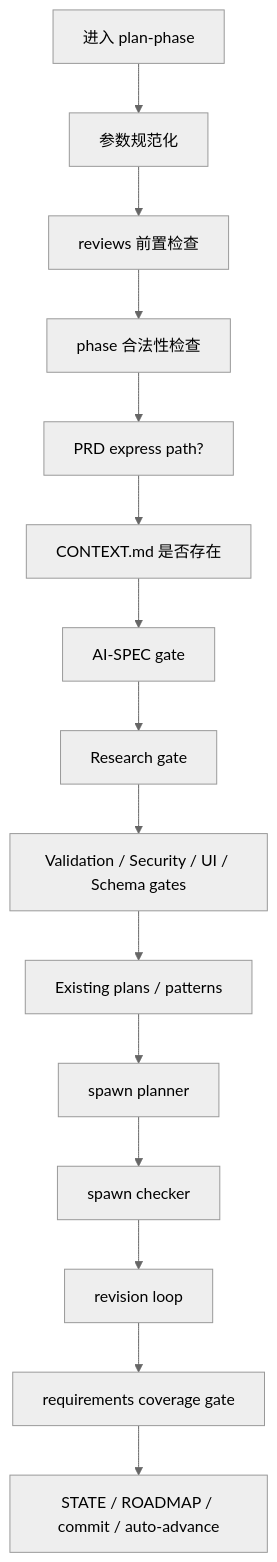
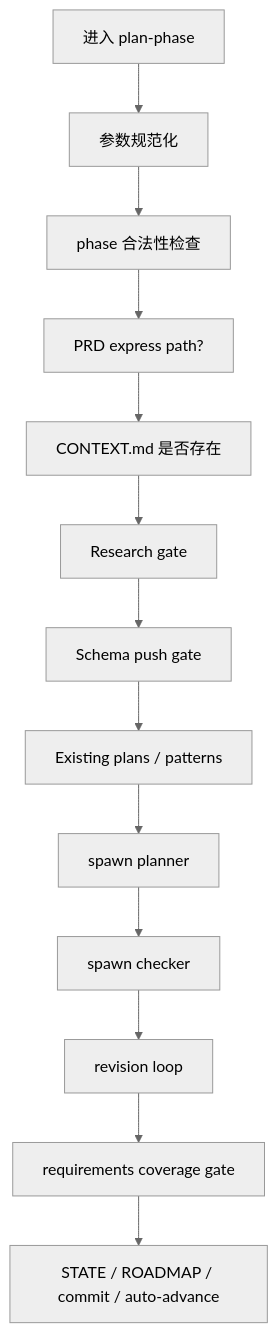
The third of 5 diagrams in guide/04-plan-phase-deep-dive.md (Wynne-cwb/gsd-remix), drawn with Mermaid (neutral theme) before and after one commit. The commit also changed other lines of this file and 71 other files, not shown here.

````diff
--- a/guide/04-plan-phase-deep-dive.md
+++ b/guide/04-plan-phase-deep-dive.md
@@ -134,17 +134,15 @@
 ```mermaid
 flowchart TD
     A["进入 plan-phase"] --> B["参数规范化"]
-    B --> C["reviews 前置检查"]
-    C --> D["phase 合法性检查"]
+    B --> D["phase 合法性检查"]
     D --> E["PRD express path?"]
     E --> F["CONTEXT.md 是否存在"]
-    F --> G["AI-SPEC gate"]
-    G --> H["Research gate"]
-    H --> I["Validation / Security / UI / Schema gates"]
+    F --> H["Research gate"]
+    H --> I["Schema push gate"]
     I --> J["Existing plans / patterns"]
     J --> K["spawn planner"]
     K --> L["spawn checker"]
     L --> M["revision loop"]
     M --> N["requirements coverage gate"]
     N --> O["STATE / ROADMAP / commit / auto-advance"]
 ```
````
